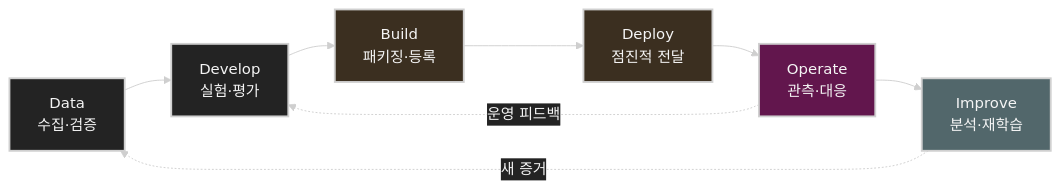
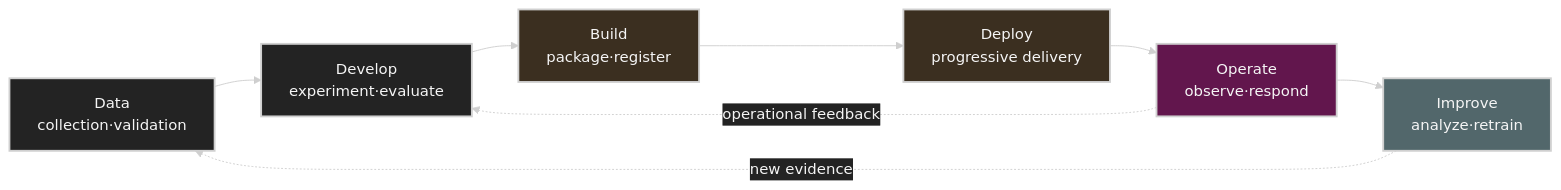
Before and after one commit to kuanghl/ai-data-center-systems: the first of 5 diagrams in mlops/index.md, drawn with Mermaid. The commit also changed other lines of this file and 48 other files, not shown here.

````diff
--- a/mlops/index.md
+++ b/mlops/index.md
@@ -76,20 +76,20 @@
 ```mermaid
 %%{init: {"theme": "base", "fontFamily": "Inter, Arial, sans-serif", "themeVariables": {"background": "#171717", "primaryColor": "#232323", "primaryTextColor": "#f5f5f5", "primaryBorderColor": "#d0d0d0", "lineColor": "#cfcfcf", "fontFamily": "Inter, Arial, sans-serif"}}}%%
 flowchart LR
-    A["Data<br/>수집·검증"] --> B["Develop<br/>실험·평가"]
-    B --> C["Build<br/>패키징·등록"]
-    C --> D["Deploy<br/>점진적 전달"]
-    D --> E["Operate<br/>관측·대응"]
-    E --> F["Improve<br/>분석·재학습"]
-    F -. "새 증거" .-> A
-    E -. "운영 피드백" .-> B
+    A["Data<br/>collection·validation"] --> B["Develop<br/>experiment·evaluate"]
+    B --> C["Build<br/>package·register"]
+    C --> D["Deploy<br/>progressive delivery"]
+    D --> E["Operate<br/>observe·respond"]
+    E --> F["Improve<br/>analyze·retrain"]
+    F -. "new evidence" .-> A
+    E -. "operational feedback" .-> B
 
     classDef primary fill:#232323,stroke:#d0d0d0,color:#f5f5f5,stroke-width:2px;
     classDef secondary fill:#3b2f20,stroke:#d0d0d0,color:#f5f5f5,stroke-width:2px;
     classDef note fill:#52676b,stroke:#d0d0d0,color:#f5f5f5,stroke-width:2px;
     classDef accent fill:#62164d,stroke:#d0d0d0,color:#f5f5f5,stroke-width:2px;
     class A,B primary
     class C,D secondary
     class E accent
     class F note
 ```
````
